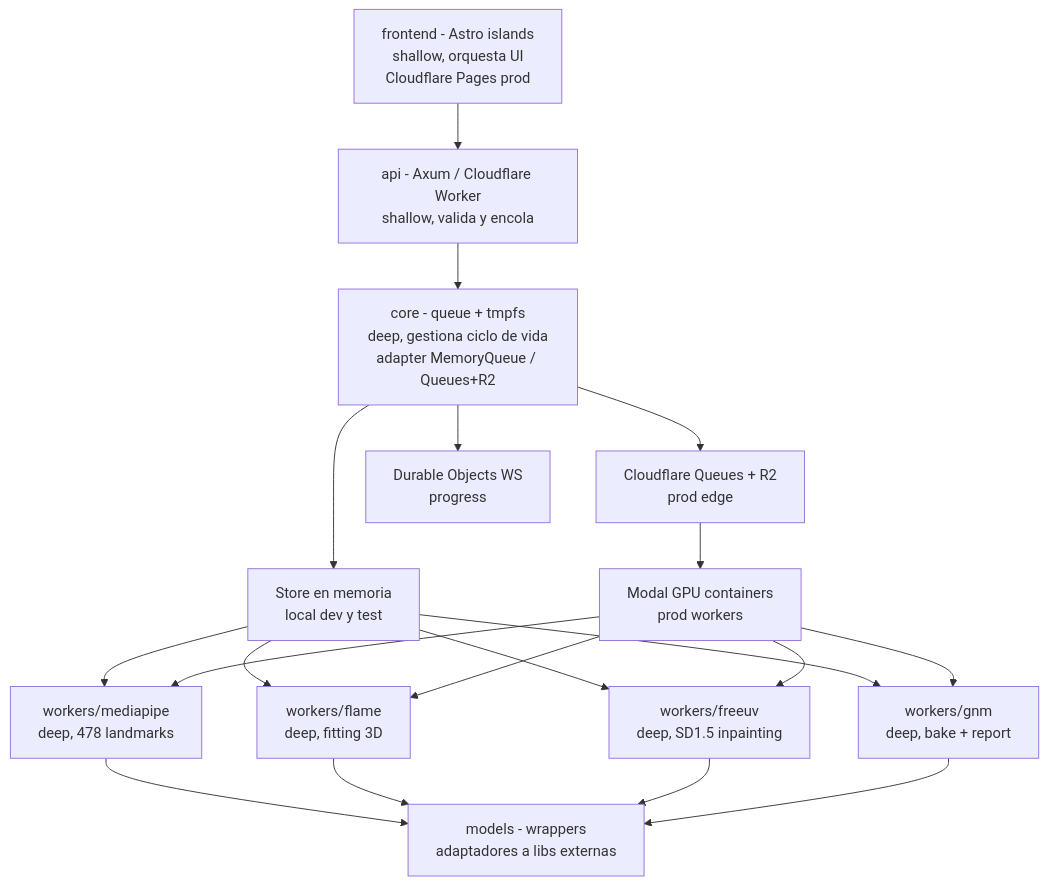
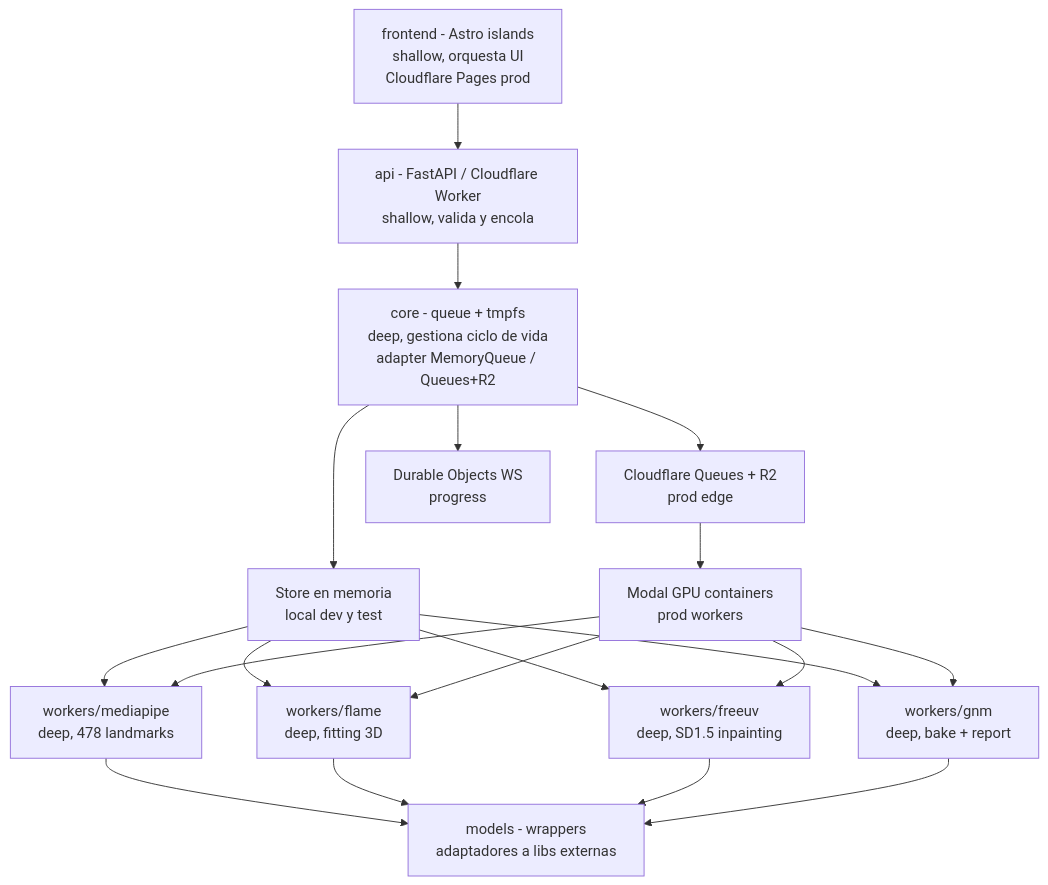
One commit to dinoesau/vultus changed the first of 2 diagrams in ARCHITECTURE.md. Above: the diagram before and after it, drawn with Mermaid. The commit also changed other lines of this file and 5 other files, not shown here.

````diff
--- a/ARCHITECTURE.md
+++ b/ARCHITECTURE.md
@@ -50,25 +57,25 @@
 ```mermaid
 graph TD
     FE[frontend - Astro islands<br/>shallow, orquesta UI<br/>Cloudflare Pages prod]
-    API[api - Axum / Cloudflare Worker<br/>shallow, valida y encola]
+    API[api - FastAPI / Cloudflare Worker<br/>shallow, valida y encola]
     CORE[core - queue + tmpfs<br/>deep, gestiona ciclo de vida<br/>adapter MemoryQueue / Queues+R2]
     CFQ[Cloudflare Queues + R2<br/>prod edge]
     LOCAL[Store en memoria<br/>local dev y test]
     MO[Modal GPU containers<br/>prod workers]
     W1[workers/mediapipe<br/>deep, 478 landmarks]
     W2[workers/flame<br/>deep, fitting 3D]
     W3[workers/freeuv<br/>deep, SD1.5 inpainting]
     W4[workers/gnm<br/>deep, bake + report]
     MODELS[models - wrappers<br/>adaptadores a libs externas]
     DO[Durable Objects WS<br/>progress]
 
     FE --> API
     API --> CORE
     CORE --> CFQ
     CORE --> LOCAL
     CORE --> DO
     CFQ --> MO
     LOCAL --> W1 & W2 & W3 & W4
     MO --> W1 & W2 & W3 & W4
     W1 & W2 & W3 & W4 --> MODELS
 ```
````
